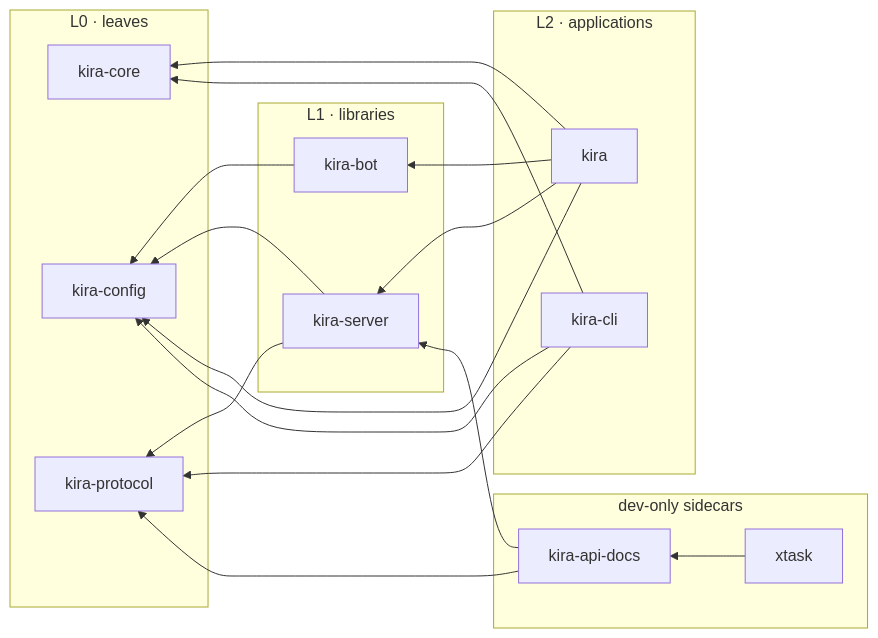
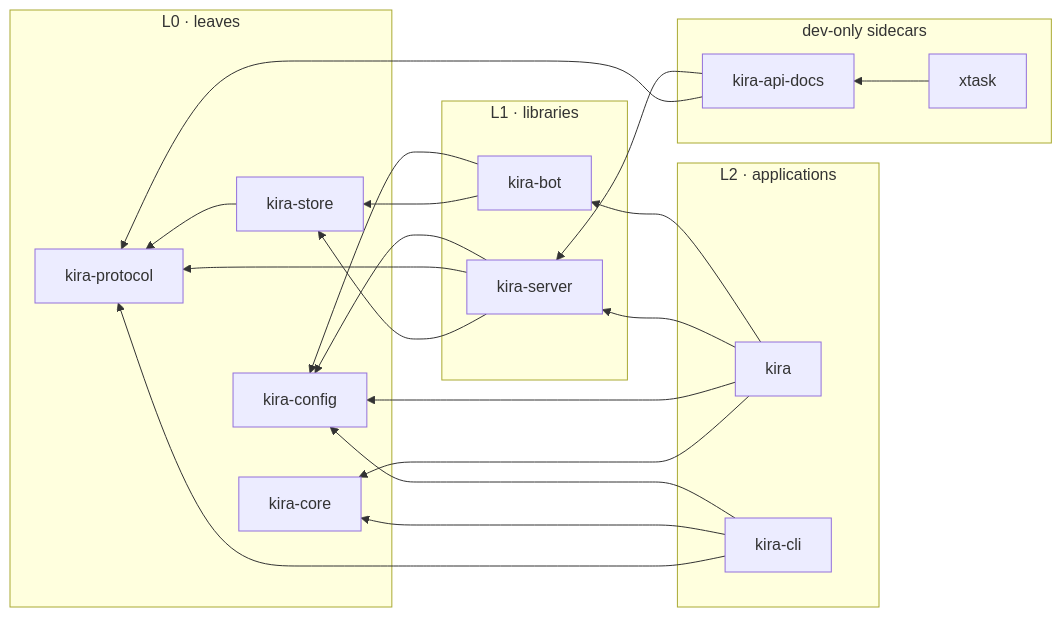
The second of 2 diagrams in docs/ARCHITECTURE.md (merzen-sh/kira), drawn with Mermaid before and after one commit. The commit also changed other lines of this file and 47 other files, not shown here.

````diff
--- a/docs/ARCHITECTURE.md
+++ b/docs/ARCHITECTURE.md
@@ -84,39 +90,43 @@
 ```mermaid
 flowchart RL
     subgraph L0["L0 · leaves"]
         CORE["kira-core"]
         CONFIG["kira-config"]
         PROTOCOL["kira-protocol"]
+        STORE["kira-store"]
     end
 
     subgraph L1["L1 · libraries"]
         BOT["kira-bot"]
         SERVER["kira-server"]
     end
 
     subgraph L2["L2 · applications"]
         KIRA["kira"]
         CLI["kira-cli"]
     end
 
     subgraph DEV["dev-only sidecars"]
         DOCS["kira-api-docs"]
         XTASK["xtask"]
     end
 
     BOT --> CONFIG
     SERVER --> CONFIG
     SERVER --> PROTOCOL
+    BOT --> STORE
+    SERVER --> STORE
+    STORE --> PROTOCOL
 
     KIRA --> BOT
     KIRA --> SERVER
     KIRA --> CONFIG
     KIRA --> CORE
     CLI --> CONFIG
     CLI --> CORE
     CLI --> PROTOCOL
 
     DOCS --> SERVER
     DOCS --> PROTOCOL
     XTASK --> DOCS
 ```
````
